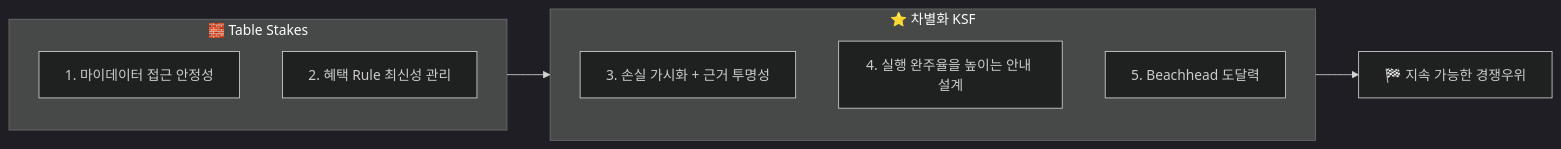
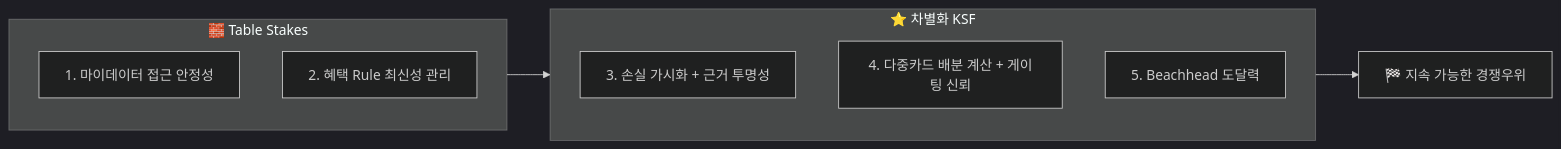
One commit to jennie-brain/team-project_2nd changed the diagram in 윤정/확정본/03_KSF.md. Above: the diagram before and after it, drawn with Mermaid (dark theme). The commit also changed other lines of this file and 3 other files, not shown here.

````diff
--- a/윤정/확정본/03_KSF.md
+++ b/윤정/확정본/03_KSF.md
@@ -6,16 +8,16 @@
 ```mermaid
 flowchart LR
     subgraph TS["🧱 Table Stakes"]
         direction TB
         K1["1. 마이데이터 접근 안정성"]
         K2["2. 혜택 Rule 최신성 관리"]
     end
     subgraph DF["⭐ 차별화 KSF"]
         direction TB
         K3["3. 손실 가시화 + 근거 투명성"]
-        K4["4. 실행 완주율을 높이는 안내 설계"]
+        K4["4. 다중카드 배분 계산 + 게이팅 신뢰"]
         K5["5. Beachhead 도달력"]
     end
     TS --> DF
     DF --> W["🏁 지속 가능한 경쟁우위"]
 ```
````
